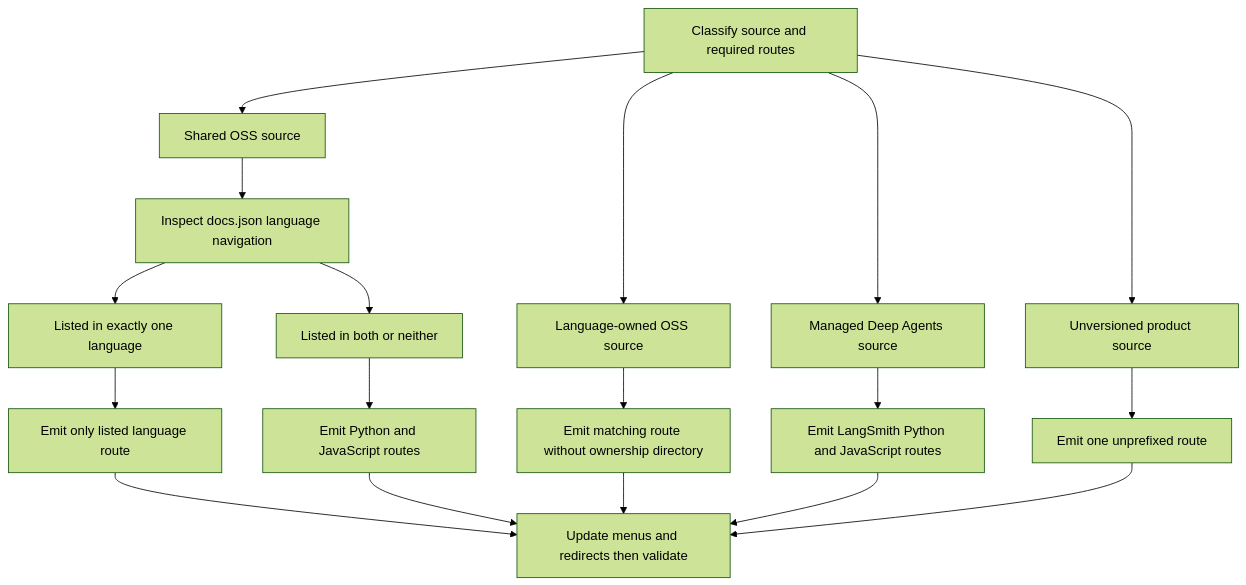
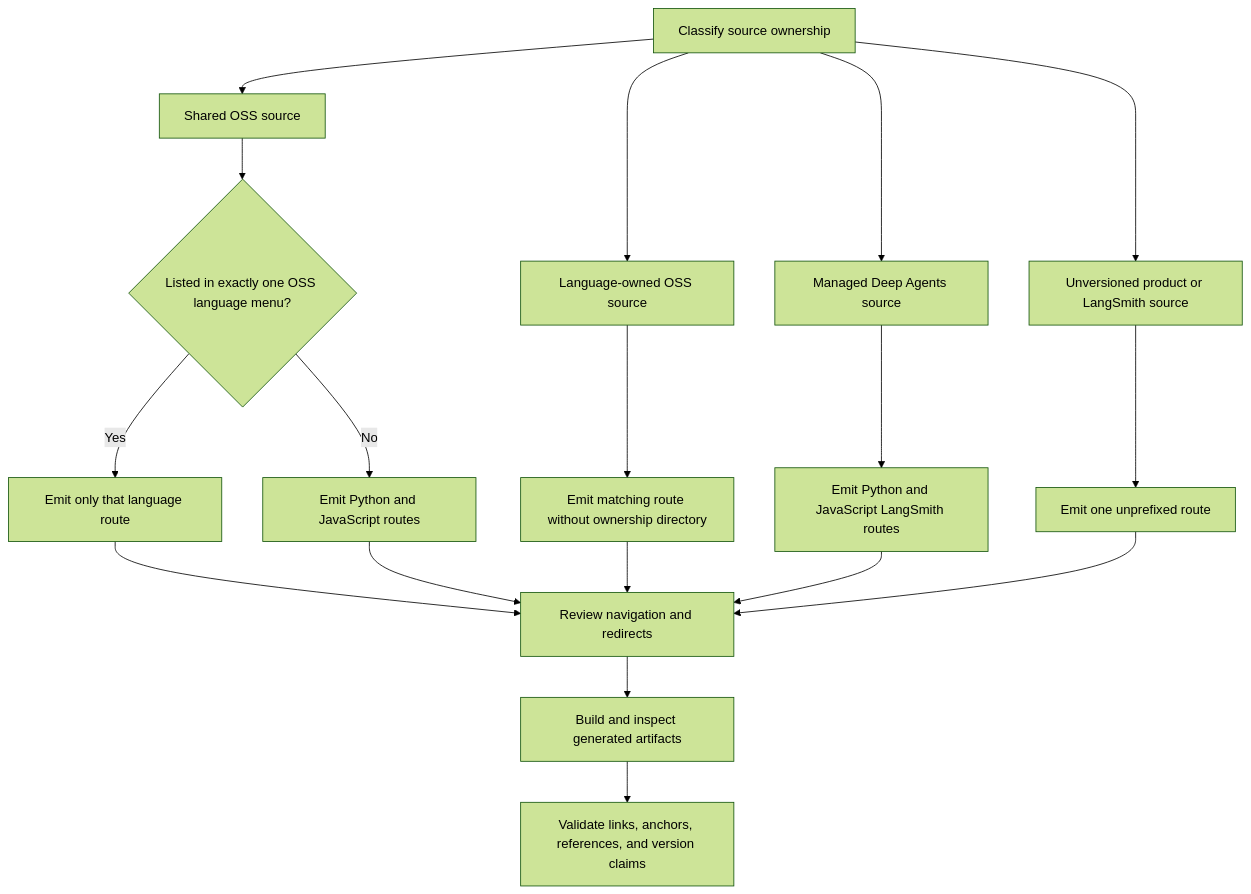
Before and after one commit to langchain-ai/docs: the diagram in openwiki/workflows/versioned-content.md, drawn with Mermaid (forest theme). The commit also changed other lines of this file and 43 other files, not shown here.

````diff
--- a/openwiki/workflows/versioned-content.md
+++ b/openwiki/workflows/versioned-content.md
@@ -37,20 +43,20 @@
 ```mermaid
 flowchart TD
-    Start["Classify source and required routes"] --> Shared["Shared OSS source"]
+    Start["Classify source ownership"] --> Shared["Shared OSS source"]
     Start --> Owned["Language-owned OSS source"]
     Start --> Managed["Managed Deep Agents source"]
-    Start --> Plain["Unversioned product source"]
-    Shared --> NavCheck["Inspect docs.json language navigation"]
-    NavCheck --> OneNav["Listed in exactly one language"]
-    NavCheck --> BothNav["Listed in both or neither"]
-    OneNav --> OneRoute["Emit only listed language route"]
-    BothNav --> DualRoute["Emit Python and JavaScript routes"]
+    Start --> Plain["Unversioned product or LangSmith source"]
+    Shared --> Nav{"Listed in exactly one OSS language menu?"}
+    Nav -->|"Yes"| One["Emit only that language route"]
+    Nav -->|"No"| Both["Emit Python and JavaScript routes"]
     Owned --> OwnedRoute["Emit matching route without ownership directory"]
-    Managed --> ManagedRoute["Emit LangSmith Python and JavaScript routes"]
+    Managed --> ManagedRoute["Emit Python and JavaScript LangSmith routes"]
     Plain --> PlainRoute["Emit one unprefixed route"]
-    OneRoute --> Verify["Update menus and redirects then validate"]
-    DualRoute --> Verify
-    OwnedRoute --> Verify
-    ManagedRoute --> Verify
-    PlainRoute --> Verify
+    One --> Contract["Review navigation and redirects"]
+    Both --> Contract
+    OwnedRoute --> Contract
+    ManagedRoute --> Contract
+    PlainRoute --> Contract
+    Contract --> Build["Build and inspect generated artifacts"]
+    Build --> Validate["Validate links, anchors, references, and version claims"]
 ```
````
